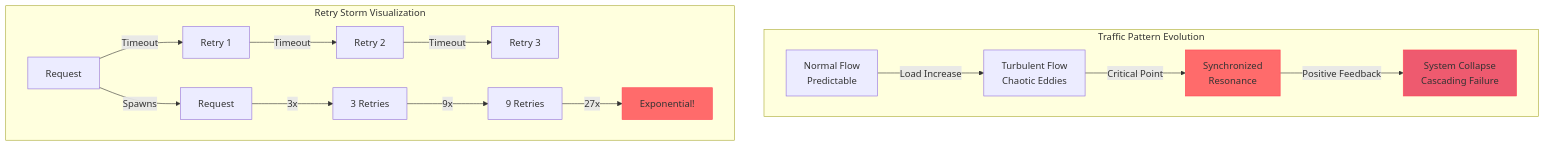
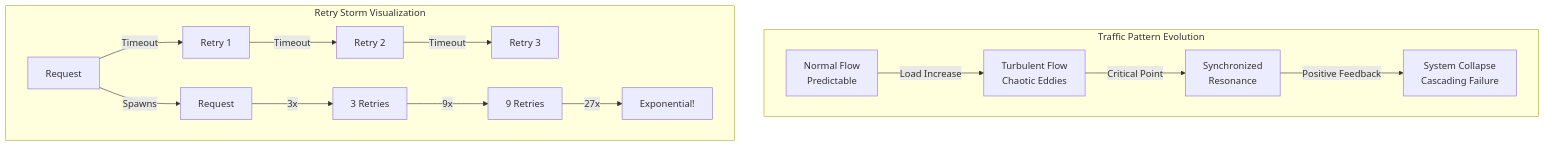
One commit to deepaucksharma/DStudio changed the second of 4 diagrams in docs/part1-axioms/law3-emergence/index.md. Above: the diagram before and after it, drawn with Mermaid. The commit also changed other lines of this file and 13 other files, not shown here.

````diff
--- a/docs/part1-axioms/law3-emergence/index.md
+++ b/docs/part1-axioms/law3-emergence/index.md
@@ -280,22 +505,18 @@
-```mermaid
-graph TB
-    subgraph "Traffic Pattern Evolution"
-        Normal[Normal Flow<br/>Predictable] -->|Load Increase| Turbulent[Turbulent Flow<br/>Chaotic Eddies]
-        Turbulent -->|Critical Point| Synchronized[Synchronized<br/>Resonance]
-        Synchronized -->|Positive Feedback| Collapse[System Collapse<br/>Cascading Failure]
-    end
-    
-    subgraph "Retry Storm Visualization"
-        R1[Request] -->|Timeout| R2[Retry 1]
-        R2 -->|Timeout| R3[Retry 2]
-        R3 -->|Timeout| R4[Retry 3]
-        R1 -->|Spawns| R5[Request]
-        R5 -->|3x| R6[3 Retries]
-        R6 -->|9x| R7[9 Retries]
-        R7 -->|27x| R8[Exponential!]
-    end
-    
-    style Synchronized fill:#ff6b6b,stroke:#ff4757
-    style Collapse fill:#ee5a6f,stroke:#ff4757
-    style R8 fill:#ff6b6b,stroke:#ff4757
-```
+    ```mermaid
+    graph TB
+        subgraph "Traffic Pattern Evolution"
+            Normal[Normal Flow<br/>Predictable] -->|Load Increase| Turbulent[Turbulent Flow<br/>Chaotic Eddies]
+            Turbulent -->|Critical Point| Synchronized[Synchronized<br/>Resonance]
+            Synchronized -->|Positive Feedback| Collapse[System Collapse<br/>Cascading Failure]
+        end
+        
+        subgraph "Retry Storm Visualization"
+            R1[Request] -->|Timeout| R2[Retry 1]
+            R2 -->|Timeout| R3[Retry 2]
+            R3 -->|Timeout| R4[Retry 3]
+            R1 -->|Spawns| R5[Request]
+            R5 -->|3x| R6[3 Retries]
+            R6 -->|9x| R7[9 Retries]
+            R7 -->|27x| R8[Exponential!]
+        end
+    ```
````
